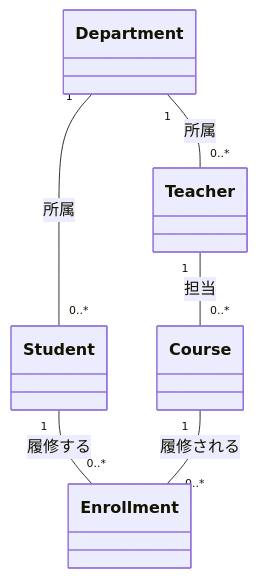
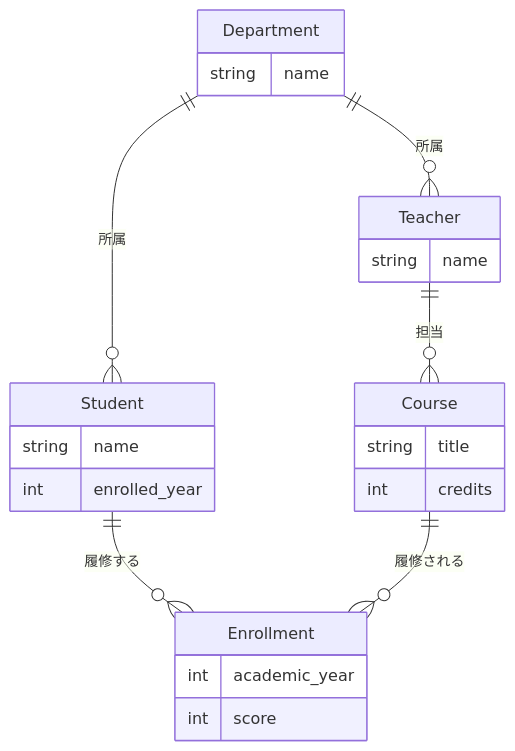
One commit to YTS0418/PRMN_SYSTEM_Lecture changed the third of 3 diagrams in データベース/00_はじめに.md. Above: the diagram before and after it, drawn with Mermaid. The commit also changed other lines of this file and 3 other files, not shown here.

First line of the commit message:
ER 図を mermaid の erDiagram（鳥の足記法）に変更

````diff
--- a/データベース/00_はじめに.md
+++ b/データベース/00_はじめに.md
@@ -99,8 +99,27 @@
 ```mermaid
-classDiagram
-    Department "1" -- "0..*" Student : 所属
-    Department "1" -- "0..*" Teacher : 所属
-    Teacher "1" -- "0..*" Course : 担当
-    Student "1" -- "0..*" Enrollment : 履修する
-    Course "1" -- "0..*" Enrollment : 履修される
+erDiagram
+    Department ||--o{ Student : "所属"
+    Department ||--o{ Teacher : "所属"
+    Teacher ||--o{ Course : "担当"
+    Student ||--o{ Enrollment : "履修する"
+    Course ||--o{ Enrollment : "履修される"
+
+    Department {
+        string name
+    }
+    Teacher {
+        string name
+    }
+    Student {
+        string name
+        int enrolled_year
+    }
+    Course {
+        string title
+        int credits
+    }
+    Enrollment {
+        int academic_year
+        int score
+    }
 ```
````
